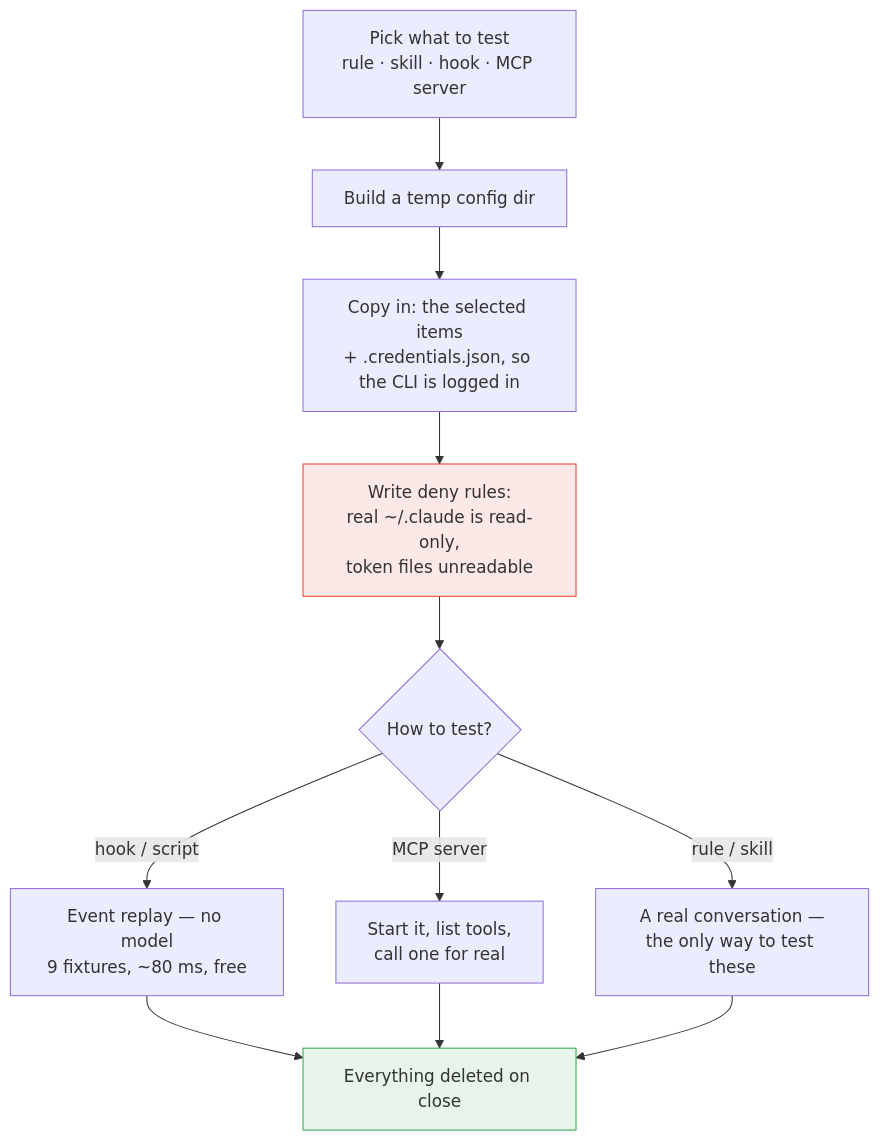
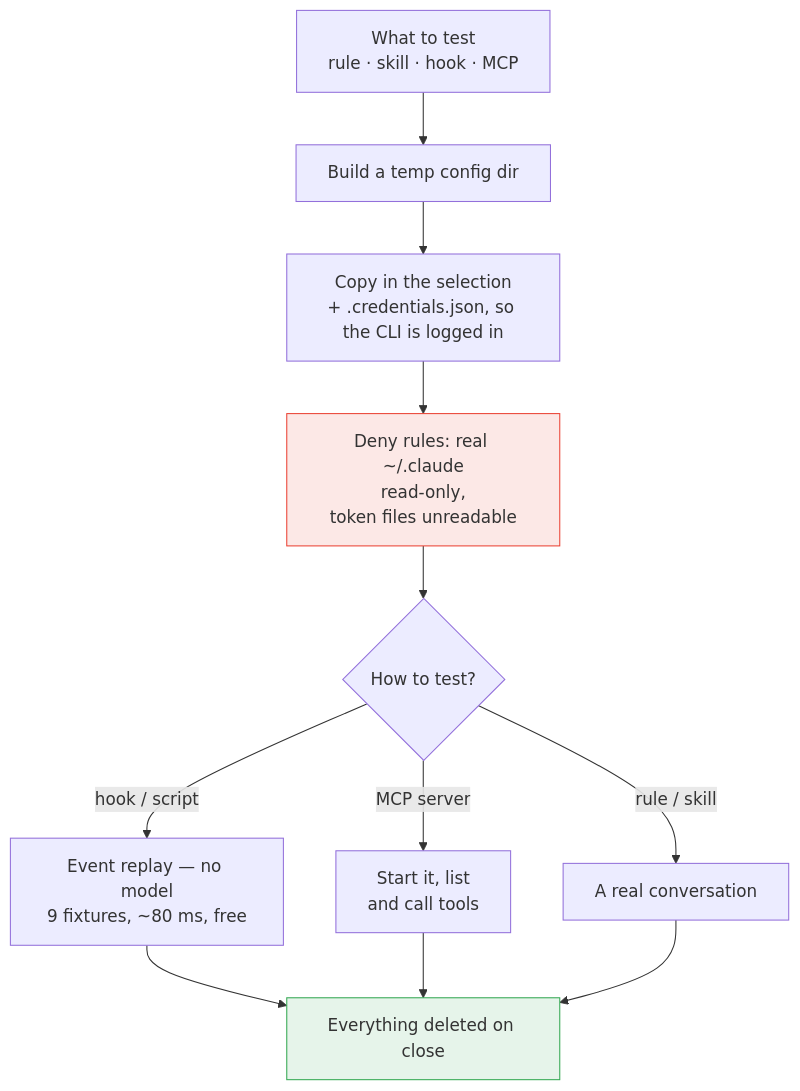
The second of 2 diagrams in README.md (rusyander/claude-control), drawn with Mermaid before and after one commit. The commit also changed other lines of this file and 104 other files, not shown here.

````diff
--- a/README.md
+++ b/README.md
@@ -152,16 +153,16 @@
 ```mermaid
 flowchart TD
-    PICK["Pick what to test<br/>rule · skill · hook · MCP server"] --> BUILD["Build a temp config dir"]
-    BUILD --> COPY["Copy in: the selected items<br/>+ .credentials.json, so the CLI is logged in"]
-    COPY --> DENY["Write deny rules:<br/>real ~/.claude is read-only,<br/>token files unreadable"]
+    PICK["What to test<br/>rule · skill · hook · MCP"] --> BUILD["Build a temp config dir"]
+    BUILD --> COPY["Copy in the selection<br/>+ .credentials.json, so the CLI is logged in"]
+    COPY --> DENY["Deny rules: real ~/.claude<br/>read-only,<br/>token files unreadable"]
     DENY --> RUN{"How to test?"}
     RUN -->|"hook / script"| PROBE["Event replay — no model<br/>9 fixtures, ~80 ms, free"]
-    RUN -->|"MCP server"| TOOLS["Start it, list tools,<br/>call one for real"]
-    RUN -->|"rule / skill"| CHAT["A real conversation —<br/>the only way to test these"]
+    RUN -->|"MCP server"| TOOLS["Start it, list<br/>and call tools"]
+    RUN -->|"rule / skill"| CHAT["A real conversation"]
     PROBE --> DROP["Everything deleted on close"]
     TOOLS --> DROP
     CHAT --> DROP
 
     style DENY fill:#fce8e6,stroke:#ea4335
     style DROP fill:#e6f4ea,stroke:#34a853
 ```
````
